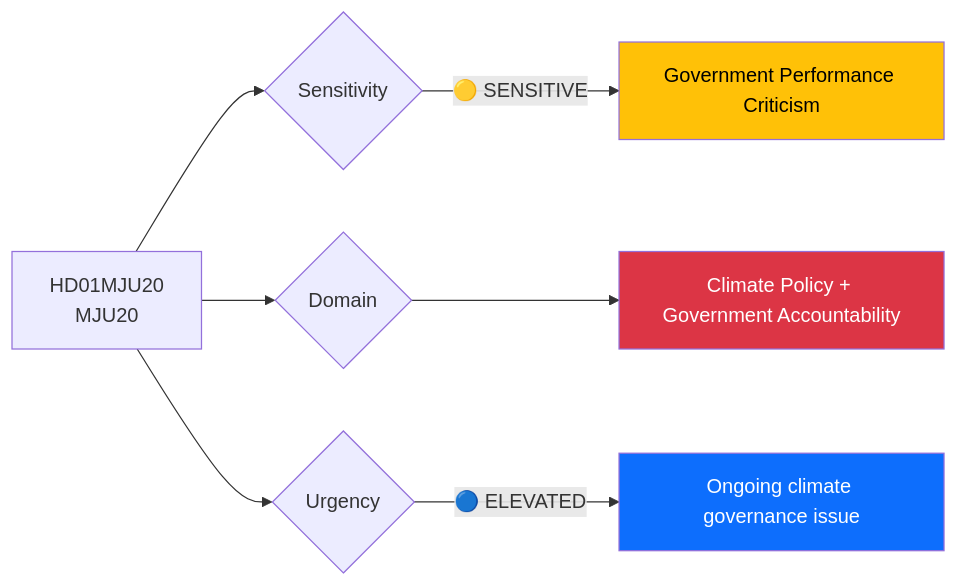
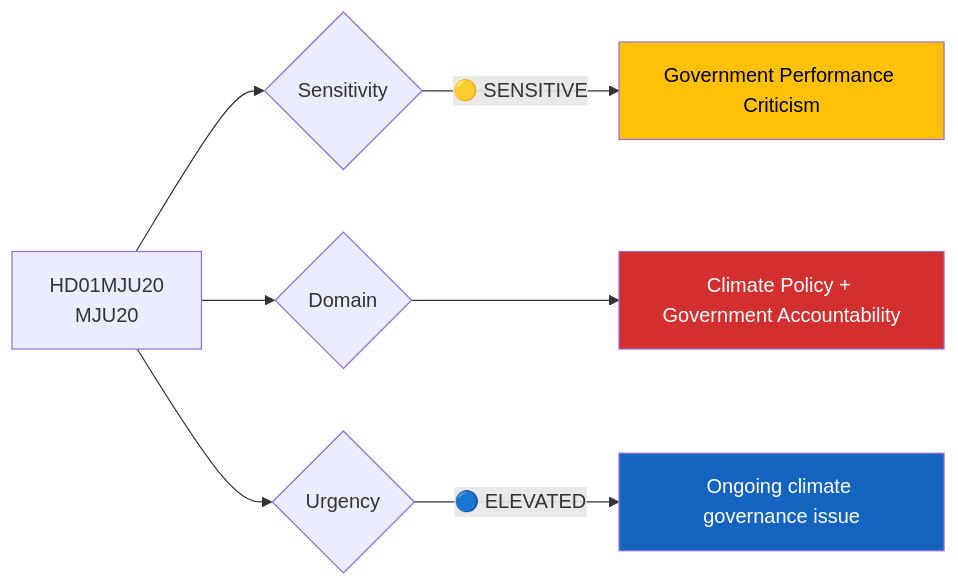
Before and after one commit to Hack23/riksdagsmonitor: the first of 2 diagrams in analysis/daily/2026-04-16/realtime-1037/documents/hd01mju20-analysis.md, drawn with Mermaid. The commit also changed 785 other files, not shown here.

First line of the commit message:
Normalize mermaid colors across 786 analysis artifacts to ISMS Style Guide palette

````diff
--- a/analysis/daily/2026-04-16/realtime-1037/documents/hd01mju20-analysis.md
+++ b/analysis/daily/2026-04-16/realtime-1037/documents/hd01mju20-analysis.md
@@ -23,12 +23,12 @@
 ```mermaid
 graph LR
     A["HD01MJU20<br/>MJU20"] --> B{"Sensitivity"}
     B -->|"🟡 SENSITIVE"| D["Government Performance Criticism"]
     A --> G{"Domain"}
     G --> H["Climate Policy + Government Accountability"]
     A --> I{"Urgency"}
     I -->|"🔵 ELEVATED"| L["Ongoing climate governance issue"]
-    style D fill:#ffc107,color:#000
-    style H fill:#dc3545,color:#fff
-    style L fill:#0d6efd,color:#fff
+    style D fill:#FFC107,color:#000000
+    style H fill:#D32F2F,color:#FFFFFF
+    style L fill:#1565C0,color:#FFFFFF
 ```
````
